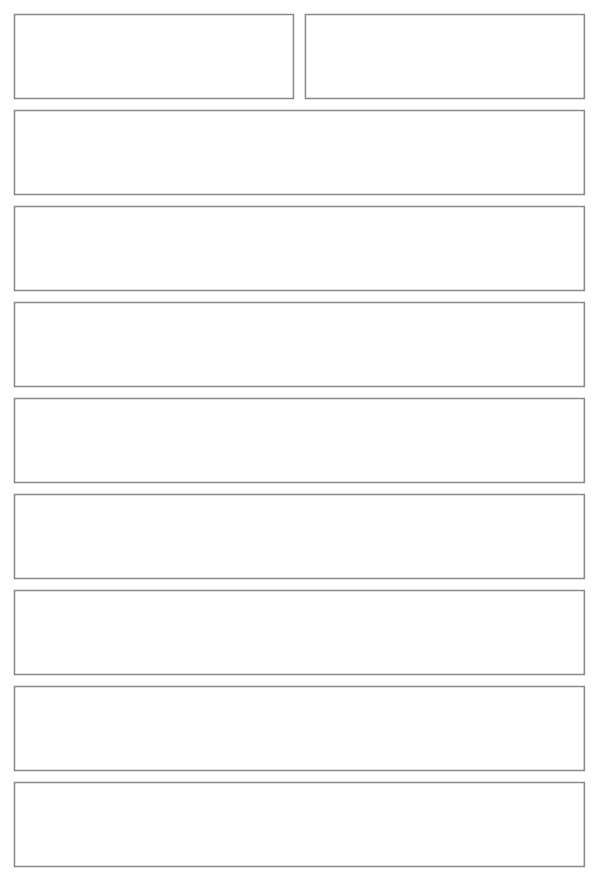
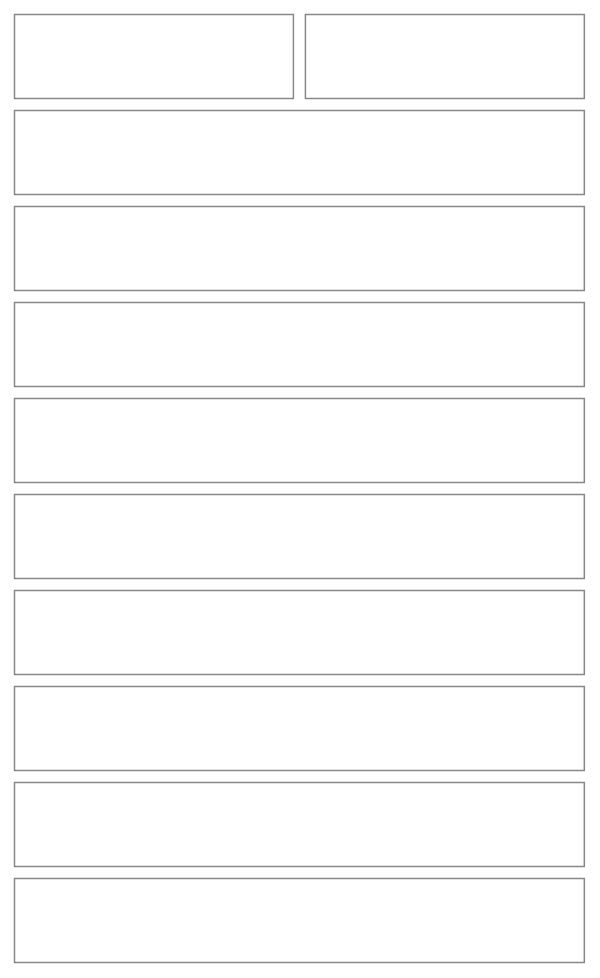
Diagram 30 of 57 in src/apps/pinch/UX.md (NovaMoonX/moondreams-dev-apps), drawn with Mermaid before and after one commit. The commit also changed other lines of this file and 123 other files, not shown here.

First line of the commit message:
Pinch round 7: cooking mode leads with the step, lighter recipe and meal views, roomy More, ingredient groups, named meals on the shopping list (#358)

````diff
--- a/src/apps/pinch/UX.md
+++ b/src/apps/pinch/UX.md
@@ -986,25 +1028,27 @@
 ```mermaid
 %%{init: {'theme': 'base', 'themeVariables': {'primaryColor': 'transparent', 'primaryBorderColor': '#888888', 'primaryTextColor': '#333333', 'lineColor': '#888888'}}}%%
 block-beta
   columns 2
   L1["Shopping"]:1
   L3["+ Add"]:1
   L2b["To buy · 7  |  Got it · 2  |  All · 9"]:2
   L4b["🔍 Search your list  (from 8 things)"]:2
+  L4c["🍴 Meals on your list ›<br/>For Thu dinner, Fri lunch and Adobo chicken"]:2
   L4["About $12.40 for 6 of 7 things ⚠  (only with a figure)"]:2
   L5["— Meat & fish —"]:2
   L6["☐ Chicken breast ›<br/>1 lb"]:2
-  L7["☐ Chicken thigh ›<br/>2 lb"]:2
+  L7["☐ Chicken thigh ›<br/>2 lb · for Thu dinner and Adobo chicken"]:2
   L8["— Pantry —"]:2
-  L9["☐ Soy sauce ›<br/>0.25 cup"]:2
+  L9["☐ Soy sauce ›<br/>0.25 cup · for Thu dinner, Fri lunch and 3 more"]:2
   style L1 fill:transparent,stroke:#888888,stroke-width:1px;
   style L3 fill:transparent,stroke:#888888,stroke-width:1px;
   style L4 fill:transparent,stroke:#888888,stroke-width:1px;
   style L4b fill:transparent,stroke:#888888,stroke-width:1px;
+  style L4c fill:transparent,stroke:#888888,stroke-width:1px;
   style L5 fill:transparent,stroke:#888888,stroke-width:1px;
   style L6 fill:transparent,stroke:#888888,stroke-width:1px;
   style L7 fill:transparent,stroke:#888888,stroke-width:1px;
   style L8 fill:transparent,stroke:#888888,stroke-width:1px;
   style L9 fill:transparent,stroke:#888888,stroke-width:1px;
   style L2b fill:transparent,stroke:#888888,stroke-width:1px;
 ```
````
